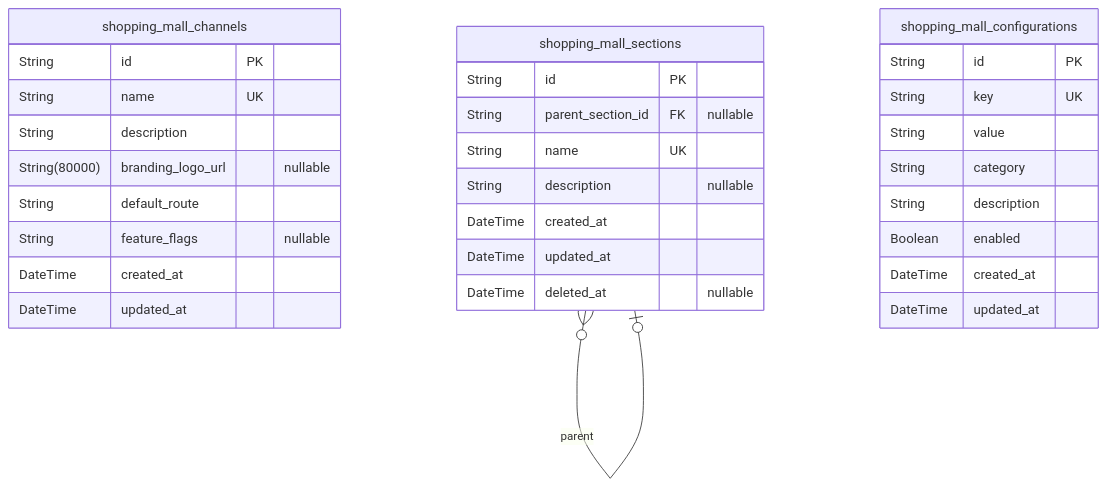
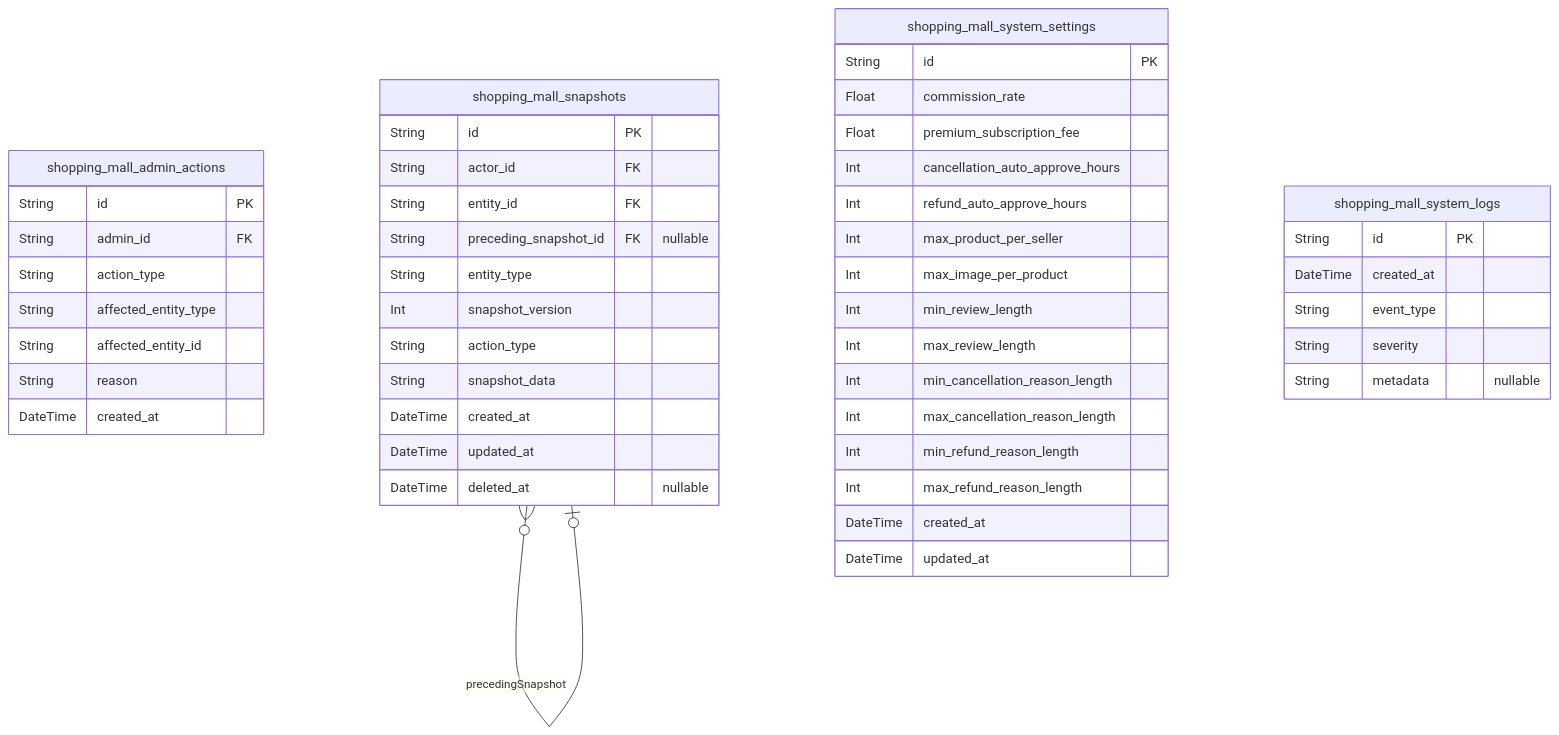
One commit to wrtnlabs/autobe-examples changed the second of 12 diagrams in qwen/qwen3-next-80b-a3b-instruct/shopping/docs/ERD.md. Above: the diagram before and after it, drawn with Mermaid. The commit also changed other lines of this file and 11104 other files, not shown here.

````diff
--- a/qwen/qwen3-next-80b-a3b-instruct/shopping/docs/ERD.md
+++ b/qwen/qwen3-next-80b-a3b-instruct/shopping/docs/ERD.md
@@ -836,33 +532,50 @@
 ```mermaid
 erDiagram
-"shopping_mall_channels" {
+"shopping_mall_admin_actions" {
   String id PK
-  String name UK
-  String description
-  String(80000) branding_logo_url "nullable"
-  String default_route
-  String feature_flags "nullable"
+  String admin_id FK
+  String action_type
+  String affected_entity_type
+  String affected_entity_id
+  String reason
   DateTime created_at
-  DateTime updated_at
 }
-"shopping_mall_sections" {
+"shopping_mall_snapshots" {
   String id PK
-  String parent_section_id FK "nullable"
-  String name UK
-  String description "nullable"
+  String actor_id FK
+  String entity_id FK
+  String preceding_snapshot_id FK "nullable"
+  String entity_type
+  Int snapshot_version
+  String action_type
+  String snapshot_data
   DateTime created_at
   DateTime updated_at
   DateTime deleted_at "nullable"
 }
-"shopping_mall_configurations" {
+"shopping_mall_system_settings" {
   String id PK
-  String key UK
-  String value
-  String category
-  String description
-  Boolean enabled
+  Float commission_rate
+  Float premium_subscription_fee
+  Int cancellation_auto_approve_hours
+  Int refund_auto_approve_hours
+  Int max_product_per_seller
+  Int max_image_per_product
+  Int min_review_length
+  Int max_review_length
+  Int min_cancellation_reason_length
+  Int max_cancellation_reason_length
+  Int min_refund_reason_length
+  Int max_refund_reason_length
   DateTime created_at
   DateTime updated_at
 }
-"shopping_mall_sections" }o--o| "shopping_mall_sections" : parent
+"shopping_mall_system_logs" {
+  String id PK
+  DateTime created_at
+  String event_type
+  String severity
+  String metadata "nullable"
+}
+"shopping_mall_snapshots" }o--o| "shopping_mall_snapshots" : precedingSnapshot
 ```
````
